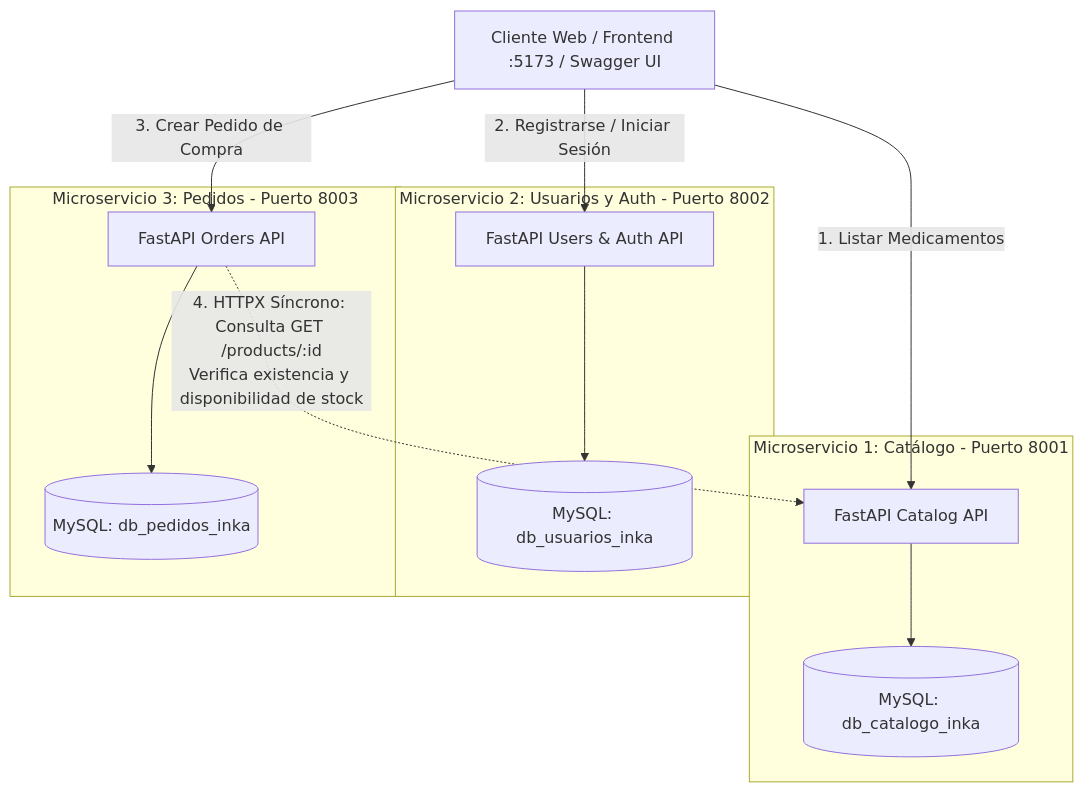
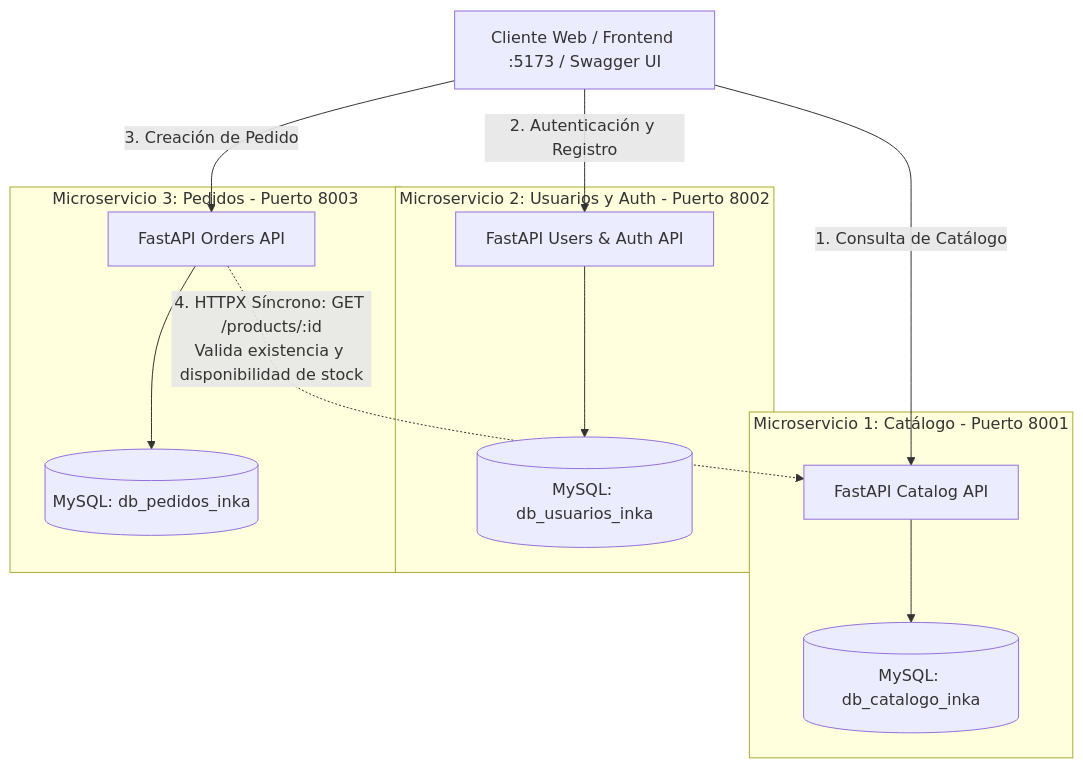
Before and after one commit to dannyolivera/app_microservicios: the diagram in README.md, drawn with Mermaid. The commit also changed other lines of this file, not shown here.

````diff
--- a/README.md
+++ b/README.md
@@ -14,28 +12,28 @@
 ```mermaid
 graph TD
     Client[Cliente Web / Frontend :5173 / Swagger UI]
 
     subgraph Service1[Microservicio 1: Catálogo - Puerto 8001]
         CatApp[FastAPI Catalog API]
         DBCat[(MySQL: db_catalogo_inka)]
         CatApp --> DBCat
     end
 
     subgraph Service2[Microservicio 2: Usuarios y Auth - Puerto 8002]
         UserApp[FastAPI Users & Auth API]
         DBUser[(MySQL: db_usuarios_inka)]
         UserApp --> DBUser
     end
 
     subgraph Service3[Microservicio 3: Pedidos - Puerto 8003]
         OrderApp[FastAPI Orders API]
         DBOrder[(MySQL: db_pedidos_inka)]
         OrderApp --> DBOrder
     end
 
-    Client -->|1. Listar Medicamentos| CatApp
-    Client -->|2. Registrarse / Iniciar Sesión| UserApp
-    Client -->|3. Crear Pedido de Compra| OrderApp
+    Client -->|1. Consulta de Catálogo| CatApp
+    Client -->|2. Autenticación y Registro| UserApp
+    Client -->|3. Creación de Pedido| OrderApp
 
-    OrderApp -.->|4. HTTPX Síncrono: Consulta GET /products/:id<br/>Verifica existencia y disponibilidad de stock| CatApp
+    OrderApp -.->|4. HTTPX Síncrono: GET /products/:id<br/>Valida existencia y disponibilidad de stock| CatApp
 ```
````
